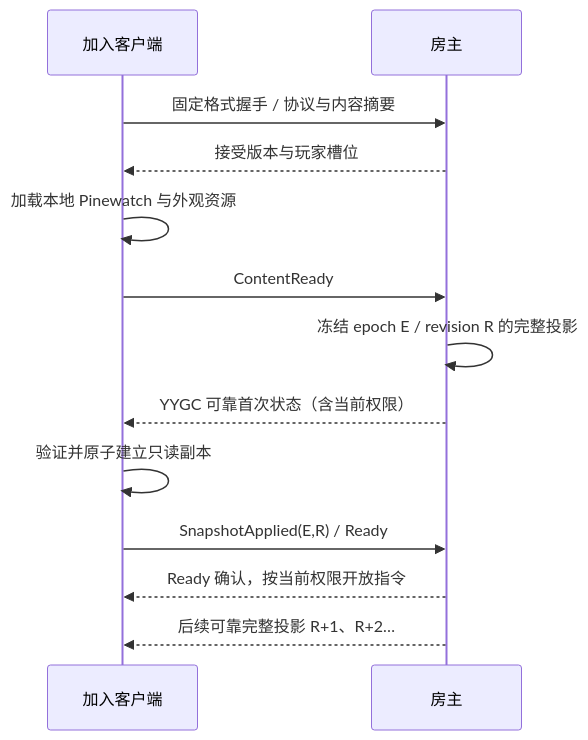
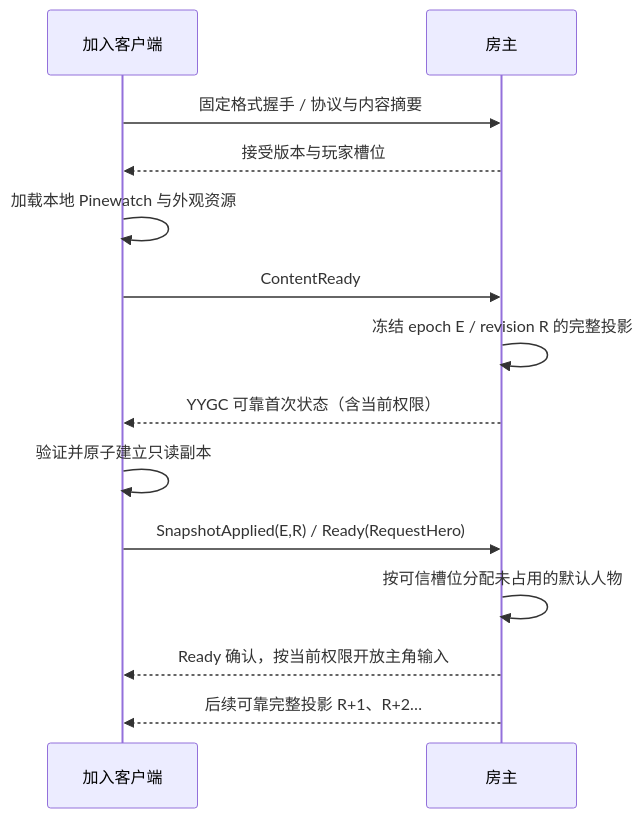
The diagram in docs/MULTIPLAYER.md (surgame/dark-night-unity), drawn with Mermaid before and after one commit. The commit also changed other lines of this file and 31 other files, not shown here.

````diff
--- a/docs/MULTIPLAYER.md
+++ b/docs/MULTIPLAYER.md
@@ -115,15 +115,16 @@
 ```mermaid
 sequenceDiagram
     participant C as 加入客户端
     participant H as 房主
     C->>H: 固定格式握手 / 协议与内容摘要
     H-->>C: 接受版本与玩家槽位
     C->>C: 加载本地 Pinewatch 与外观资源
     C->>H: ContentReady
     H->>H: 冻结 epoch E / revision R 的完整投影
     H-->>C: YYGC 可靠首次状态（含当前权限）
     C->>C: 验证并原子建立只读副本
-    C->>H: SnapshotApplied(E,R) / Ready
-    H-->>C: Ready 确认，按当前权限开放指令
+    C->>H: SnapshotApplied(E,R) / Ready(RequestHero)
+    H->>H: 按可信槽位分配未占用的默认人物
+    H-->>C: Ready 确认，按当前权限开放主角输入
     H-->>C: 后续可靠完整投影 R+1、R+2…
 ```
````
